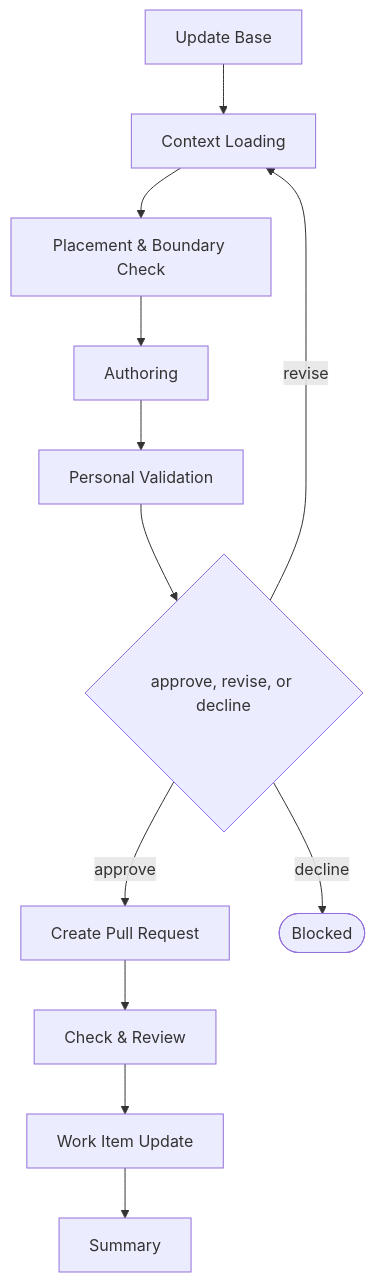
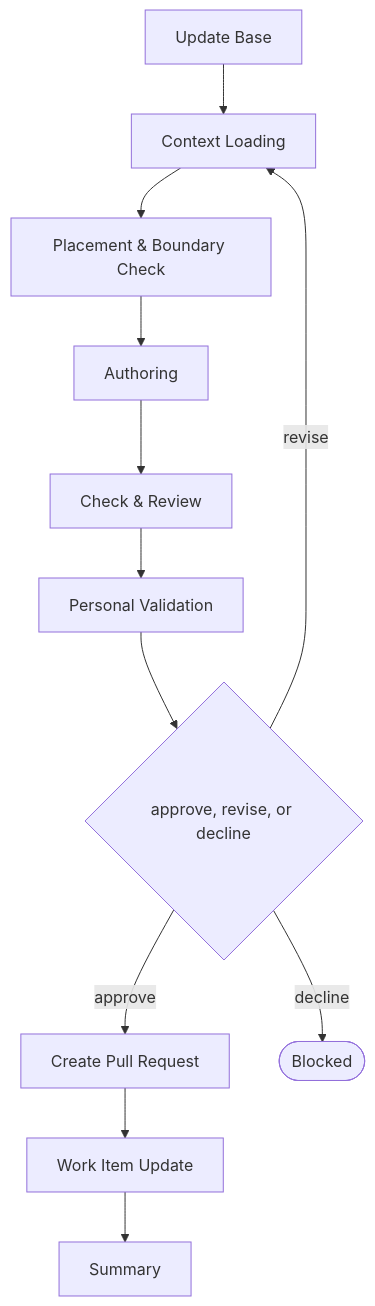
Before and after one commit to JSdotNet/ai-agent-stack: the diagram in .devbook/domain/delivery/flow.flow-ai.md, drawn with Mermaid. The commit also changed 10 other files, not shown here.

First line of the commit message:
Draw the phases the flows actually run

````diff
--- a/.devbook/domain/delivery/flow.flow-ai.md
+++ b/.devbook/domain/delivery/flow.flow-ai.md
@@ -13,24 +13,24 @@
 ```mermaid
 flowchart TD
     base["Update Base"]
     s0["Context Loading"]
     s1["Placement & Boundary Check"]
     s2["Authoring"]
+    s3["Check & Review"]
     c0["Personal Validation"]
 
     base --> s0
     s0 --> s1
     s1 --> s2
-    s2 --> c0
+    s2 --> s3
+    s3 --> c0
     c0 --> g{"approve, revise, or decline"}
     t0["Create Pull Request"]
-    t1["Check & Review"]
-    t2["Work Item Update"]
-    t3["Summary"]
+    t1["Work Item Update"]
+    t2["Summary"]
     g -->|approve| t0
     t0 --> t1
     t1 --> t2
-    t2 --> t3
     g -->|revise| s0
     g -->|decline| blocked(["Blocked"])
 ```
````
